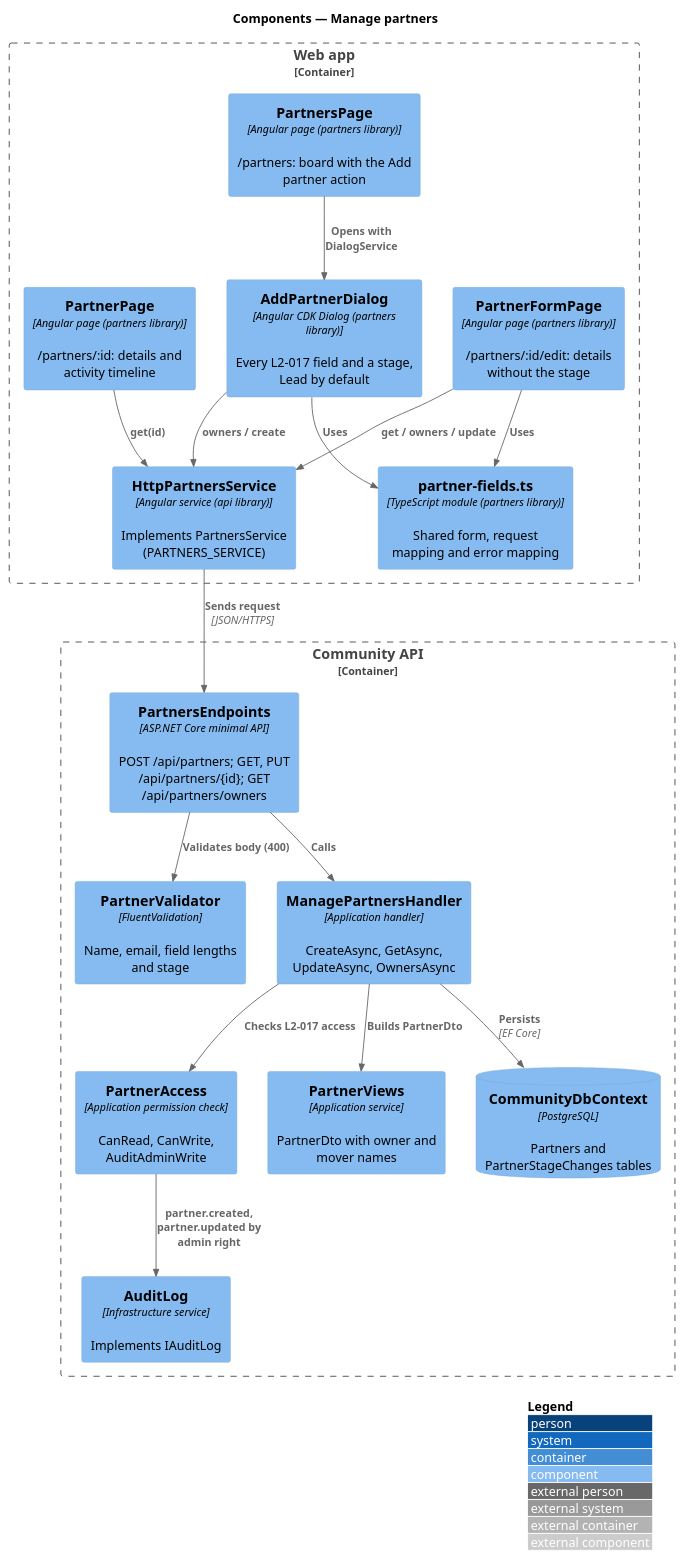
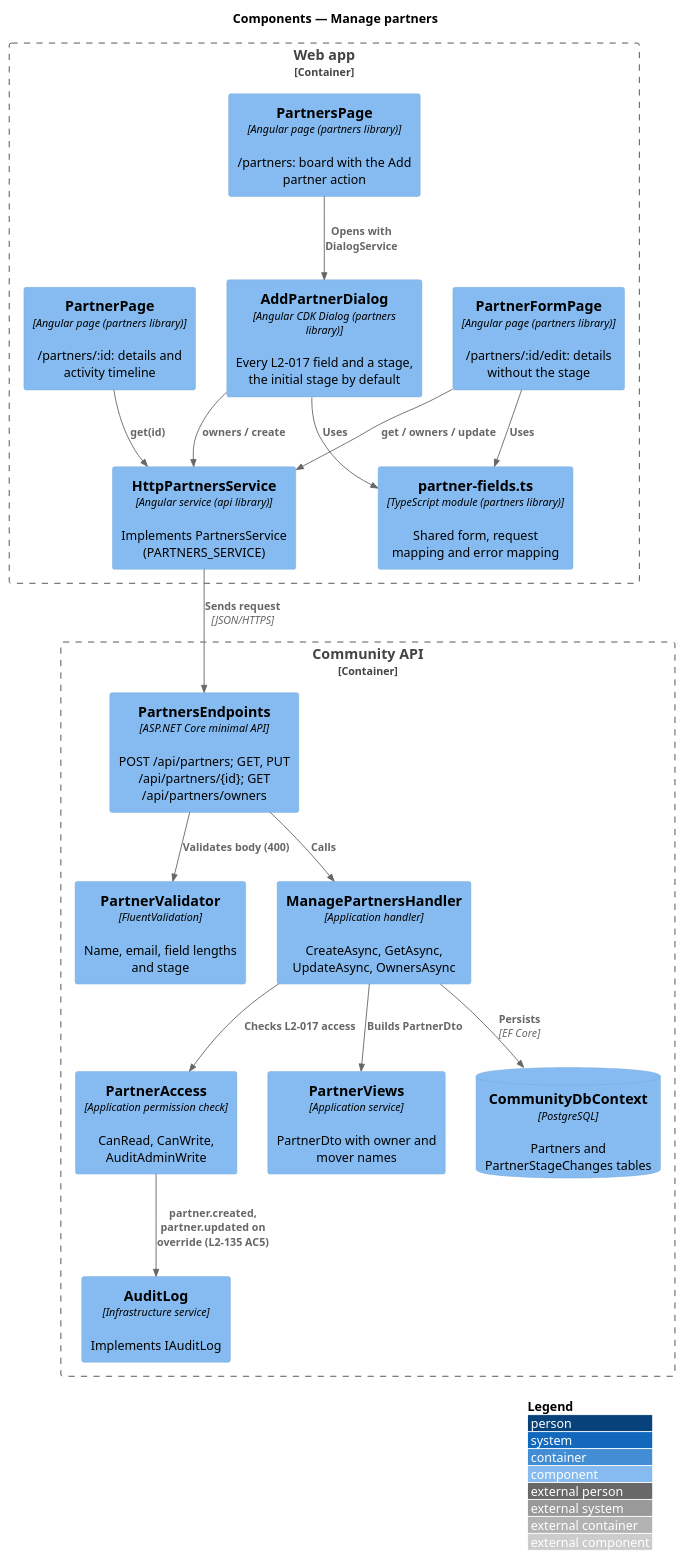
The diagram in docs/detailed-designs/partners/manage-partners/diagrams/c4-component.puml (QuinntyneBrown/faithtech-community), drawn with PlantUML before and after one commit. The commit also changed 840 other files, not shown here.

```diff
--- a/docs/detailed-designs/partners/manage-partners/diagrams/c4-component.puml
+++ b/docs/detailed-designs/partners/manage-partners/diagrams/c4-component.puml
@@ -1,35 +1,35 @@
 @startuml
 !include <C4/C4_Component>
 LAYOUT_WITH_LEGEND()
 title Components — Manage partners
 Container_Boundary(web, "Web app") {
   Component(board, "PartnersPage", "Angular page (partners library)", "/partners: board with the Add partner action")
-  Component(dlg, "AddPartnerDialog", "Angular CDK Dialog (partners library)", "Every L2-017 field and a stage, Lead by default")
+  Component(dlg, "AddPartnerDialog", "Angular CDK Dialog (partners library)", "Every L2-017 field and a stage, the initial stage by default")
   Component(page, "PartnerPage", "Angular page (partners library)", "/partners/:id: details and activity timeline")
   Component(form, "PartnerFormPage", "Angular page (partners library)", "/partners/:id/edit: details without the stage")
   Component(fields, "partner-fields.ts", "TypeScript module (partners library)", "Shared form, request mapping and error mapping")
   Component(svc, "HttpPartnersService", "Angular service (api library)", "Implements PartnersService (PARTNERS_SERVICE)")
 }
 Container_Boundary(api, "Community API") {
   Component(ep, "PartnersEndpoints", "ASP.NET Core minimal API", "POST /api/partners; GET, PUT /api/partners/{id}; GET /api/partners/owners")
   Component(val, "PartnerValidator", "FluentValidation", "Name, email, field lengths and stage")
   Component(h, "ManagePartnersHandler", "Application handler", "CreateAsync, GetAsync, UpdateAsync, OwnersAsync")
   Component(acc, "PartnerAccess", "Application permission check", "CanRead, CanWrite, AuditAdminWrite")
   Component(views, "PartnerViews", "Application service", "PartnerDto with owner and mover names")
   Component(audit, "AuditLog", "Infrastructure service", "Implements IAuditLog")
   ComponentDb(db, "CommunityDbContext", "PostgreSQL", "Partners and PartnerStageChanges tables")
 }
 Rel(board, dlg, "Opens with DialogService")
 Rel(dlg, fields, "Uses")
 Rel(form, fields, "Uses")
 Rel(dlg, svc, "owners / create")
 Rel(page, svc, "get(id)")
 Rel(form, svc, "get / owners / update")
 Rel(svc, ep, "Sends request", "JSON/HTTPS")
 Rel(ep, val, "Validates body (400)")
 Rel(ep, h, "Calls")
 Rel(h, acc, "Checks L2-017 access")
 Rel(h, views, "Builds PartnerDto")
-Rel(acc, audit, "partner.created, partner.updated by admin right")
+Rel(acc, audit, "partner.created, partner.updated on override (L2-135 AC5)")
 Rel(h, db, "Persists", "EF Core")
 @enduml
```
